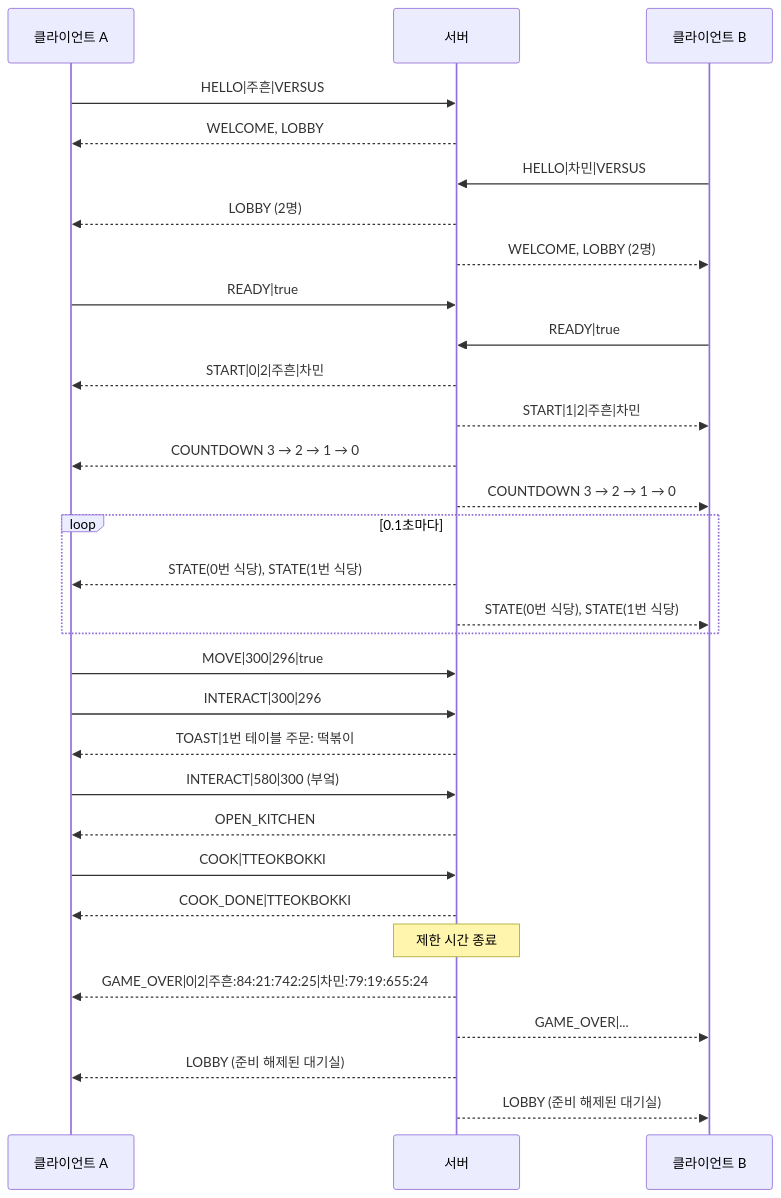
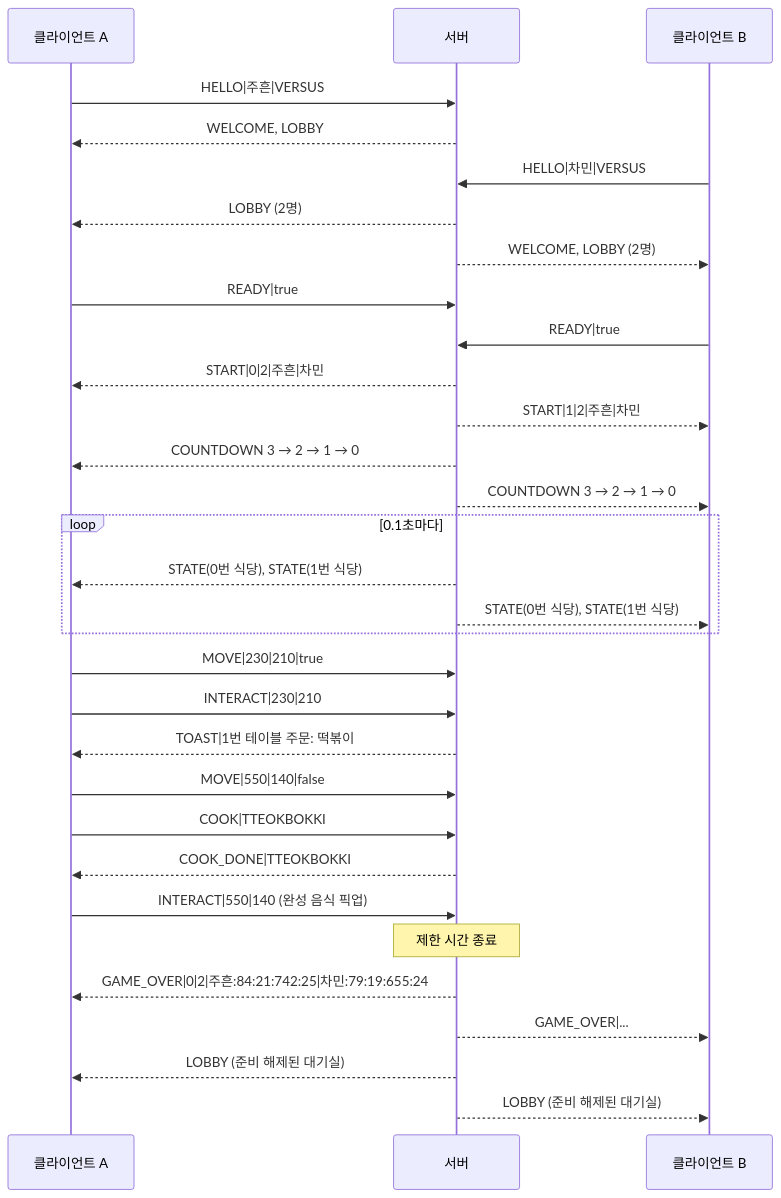
One commit to juheunee/bunsik-tycoon changed the fourth of 4 diagrams in README.md. Above: the diagram before and after it, drawn with Mermaid. The commit also changed other lines of this file and 15 other files, not shown here.

````diff
--- a/README.md
+++ b/README.md
@@ -386,33 +387,33 @@
 ```mermaid
 sequenceDiagram
     participant A as 클라이언트 A
     participant S as 서버
     participant B as 클라이언트 B
     A->>S: HELLO|주흔|VERSUS
     S-->>A: WELCOME, LOBBY
     B->>S: HELLO|차민|VERSUS
     S-->>A: LOBBY (2명)
     S-->>B: WELCOME, LOBBY (2명)
     A->>S: READY|true
     B->>S: READY|true
     S-->>A: START|0|2|주흔|차민
     S-->>B: START|1|2|주흔|차민
     S-->>A: COUNTDOWN 3 → 2 → 1 → 0
     S-->>B: COUNTDOWN 3 → 2 → 1 → 0
     loop 0.1초마다
         S-->>A: STATE(0번 식당), STATE(1번 식당)
         S-->>B: STATE(0번 식당), STATE(1번 식당)
     end
-    A->>S: MOVE|300|296|true
-    A->>S: INTERACT|300|296
+    A->>S: MOVE|230|210|true
+    A->>S: INTERACT|230|210
     S-->>A: TOAST|1번 테이블 주문: 떡볶이
-    A->>S: INTERACT|580|300 (부엌)
-    S-->>A: OPEN_KITCHEN
+    A->>S: MOVE|550|140|false
     A->>S: COOK|TTEOKBOKKI
     S-->>A: COOK_DONE|TTEOKBOKKI
+    A->>S: INTERACT|550|140 (완성 음식 픽업)
     Note over S: 제한 시간 종료
     S-->>A: GAME_OVER|0|2|주흔:84:21:742:25|차민:79:19:655:24
     S-->>B: GAME_OVER|...
     S-->>A: LOBBY (준비 해제된 대기실)
     S-->>B: LOBBY (준비 해제된 대기실)
 ```
````
